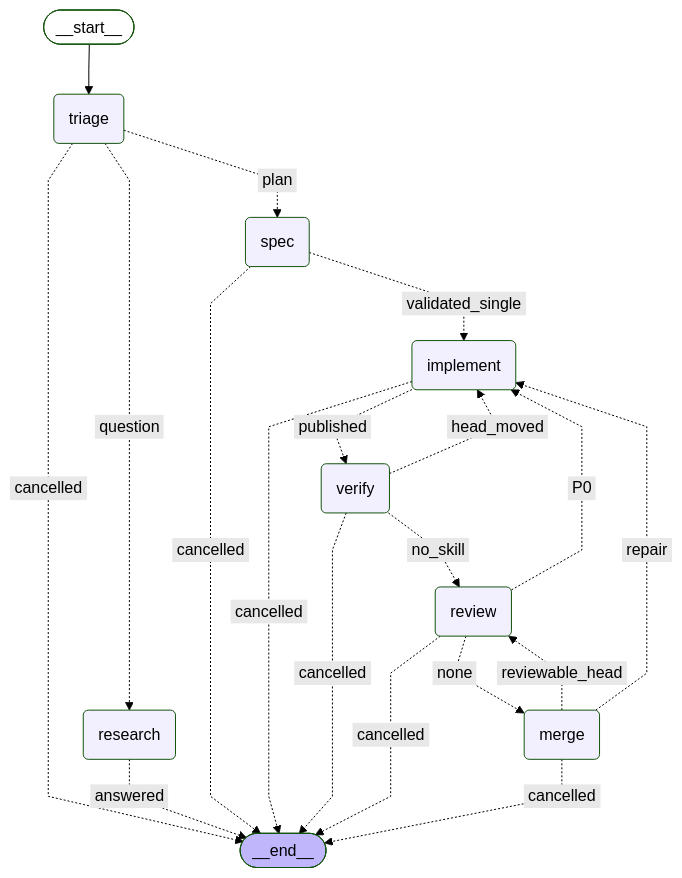
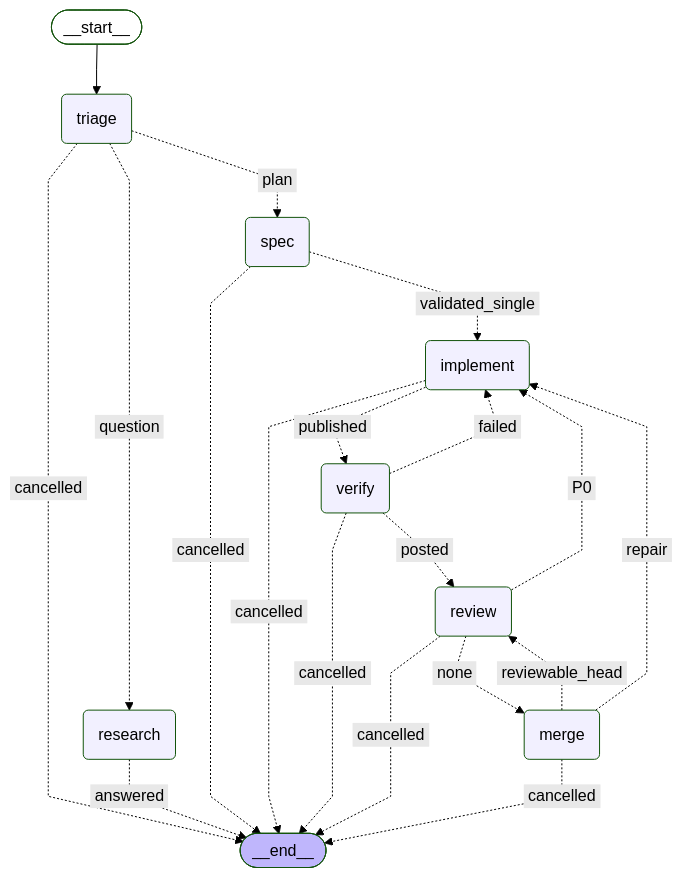
The diagram in docs/graph/delivery.mmd (bookout-labs/tools), drawn with Mermaid (forest theme) before and after one commit. The commit also changed 130 other files, not shown here.

```diff
--- a/docs/graph/delivery.mmd
+++ b/docs/graph/delivery.mmd
@@ -1,36 +1,36 @@
 ---
 config:
   flowchart:
     curve: linear
 ---
 graph TD;
 	__start__([<p>__start__</p>]):::first
 	triage(triage)
 	research(research)
 	spec(spec)
 	implement(implement)
 	verify(verify)
 	review(review)
 	merge(merge)
 	__end__([<p>__end__</p>]):::last
 	__start__ --> triage;
 	implement -. &nbsp;cancelled&nbsp; .-> __end__;
 	implement -. &nbsp;published&nbsp; .-> verify;
 	merge -. &nbsp;cancelled&nbsp; .-> __end__;
 	merge -. &nbsp;repair&nbsp; .-> implement;
 	merge -. &nbsp;reviewable_head&nbsp; .-> review;
 	research -. &nbsp;answered&nbsp; .-> __end__;
 	review -. &nbsp;cancelled&nbsp; .-> __end__;
 	review -. &nbsp;P0&nbsp; .-> implement;
 	review -. &nbsp;none&nbsp; .-> merge;
 	spec -. &nbsp;cancelled&nbsp; .-> __end__;
 	spec -. &nbsp;validated_single&nbsp; .-> implement;
 	triage -. &nbsp;cancelled&nbsp; .-> __end__;
 	triage -. &nbsp;question&nbsp; .-> research;
 	triage -. &nbsp;plan&nbsp; .-> spec;
 	verify -. &nbsp;cancelled&nbsp; .-> __end__;
-	verify -. &nbsp;head_moved&nbsp; .-> implement;
-	verify -. &nbsp;no_skill&nbsp; .-> review;
+	verify -. &nbsp;failed&nbsp; .-> implement;
+	verify -. &nbsp;posted&nbsp; .-> review;
 	classDef default fill:#f2f0ff,line-height:1.2
 	classDef first fill-opacity:0
 	classDef last fill:#bfb6fc
```
